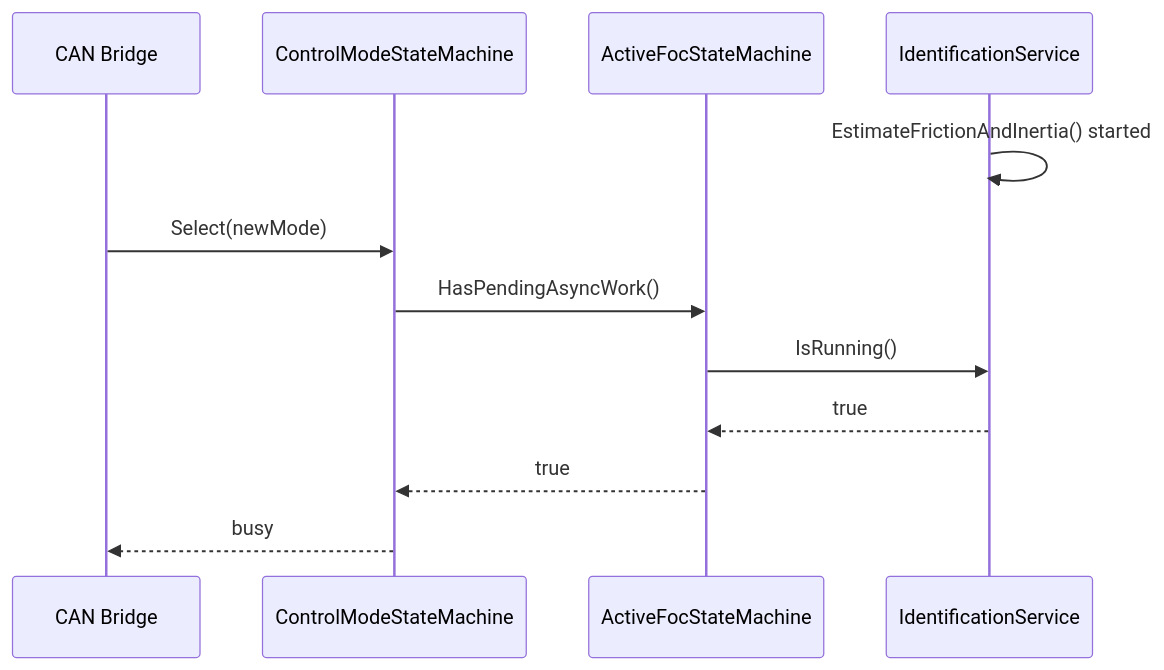
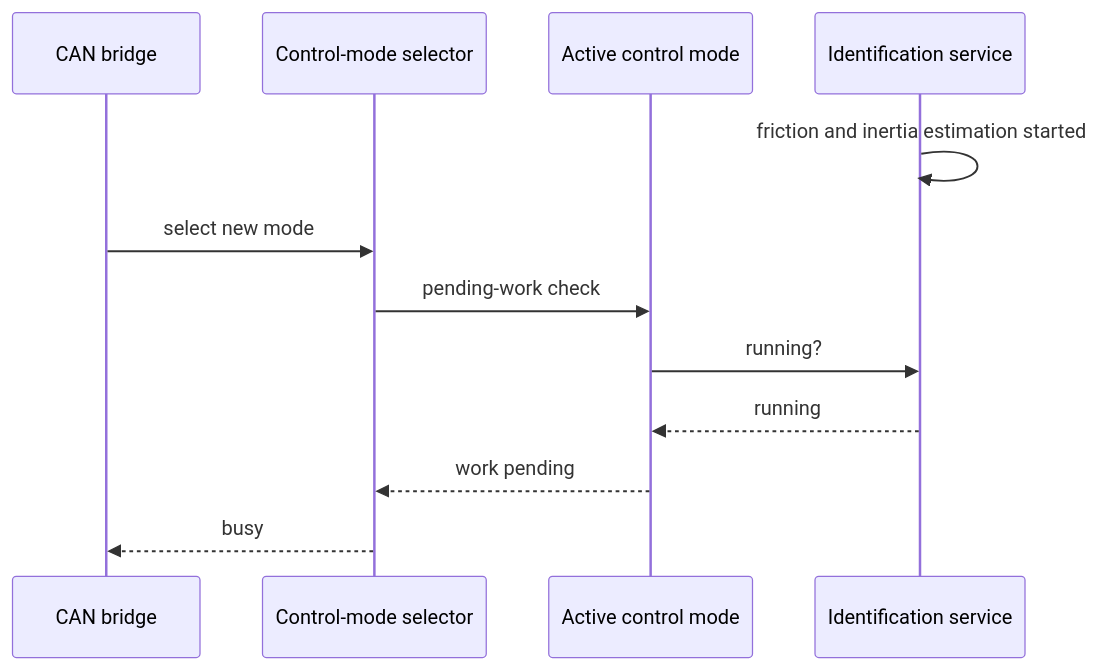
The fifth of 6 diagrams in documentation/design/async-callback-lifetime.md (embedded-pro/e-foc), drawn with Mermaid before and after one commit. The commit also changed other lines of this file and 37 other files, not shown here.

````diff
--- a/documentation/design/async-callback-lifetime.md
+++ b/documentation/design/async-callback-lifetime.md
@@ -165,15 +165,15 @@
 ```mermaid
 sequenceDiagram
-    participant CAN as CAN Bridge
-    participant CSM as ControlModeStateMachine
-    participant FSM as ActiveFocStateMachine
-    participant Ident as IdentificationService
+    participant CAN as CAN bridge
+    participant Selector as Control-mode selector
+    participant FSM as Active control mode
+    participant Ident as Identification service
 
-    Ident->>Ident: EstimateFrictionAndInertia() started
-    CAN->>CSM: Select(newMode)
-    CSM->>FSM: HasPendingAsyncWork()
-    FSM->>Ident: IsRunning()
-    Ident-->>FSM: true
-    FSM-->>CSM: true
-    CSM-->>CAN: busy
+    Ident->>Ident: friction and inertia estimation started
+    CAN->>Selector: select new mode
+    Selector->>FSM: pending-work check
+    FSM->>Ident: running?
+    Ident-->>FSM: running
+    FSM-->>Selector: work pending
+    Selector-->>CAN: busy
 ```
````
